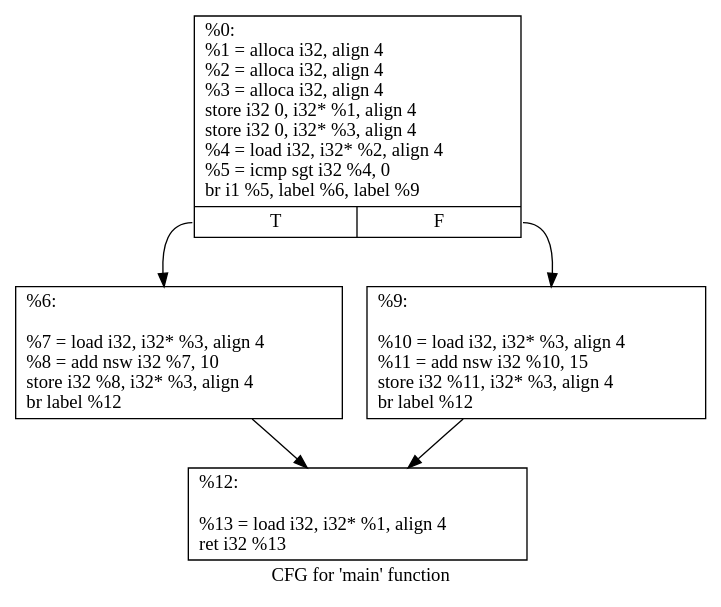
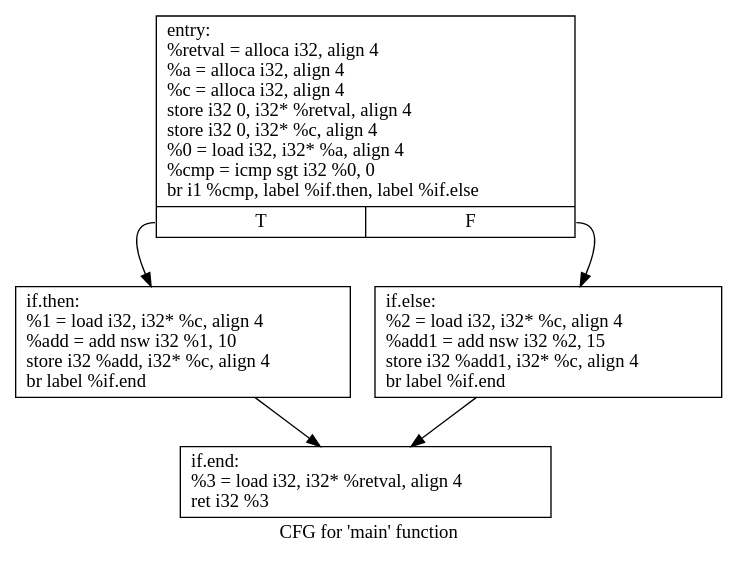
The diagram in graphs/test1.dot (hjw95/program-analysis), drawn with Graphviz before and after one commit. The commit also changed 18 other files, not shown here.

Commit message:
Add graph for assignment 2

```diff
--- a/graphs/test1.dot
+++ b/graphs/test1.dot
@@ -1,12 +1,12 @@
 digraph "CFG for 'main' function" {
 	label="CFG for 'main' function";
 
-	Node0x55fe04d255b0 [shape=record,label="{%0:\l  %1 = alloca i32, align 4\l  %2 = alloca i32, align 4\l  %3 = alloca i32, align 4\l  store i32 0, i32* %1, align 4\l  store i32 0, i32* %3, align 4\l  %4 = load i32, i32* %2, align 4\l  %5 = icmp sgt i32 %4, 0\l  br i1 %5, label %6, label %9\l|{<s0>T|<s1>F}}"];
-	Node0x55fe04d255b0:s0 -> Node0x55fe04d26040;
-	Node0x55fe04d255b0:s1 -> Node0x55fe04d26090;
-	Node0x55fe04d26040 [shape=record,label="{%6:\l\l  %7 = load i32, i32* %3, align 4\l  %8 = add nsw i32 %7, 10\l  store i32 %8, i32* %3, align 4\l  br label %12\l}"];
-	Node0x55fe04d26040 -> Node0x55fe04d25f80;
-	Node0x55fe04d26090 [shape=record,label="{%9:\l\l  %10 = load i32, i32* %3, align 4\l  %11 = add nsw i32 %10, 15\l  store i32 %11, i32* %3, align 4\l  br label %12\l}"];
-	Node0x55fe04d26090 -> Node0x55fe04d25f80;
-	Node0x55fe04d25f80 [shape=record,label="{%12:\l\l  %13 = load i32, i32* %1, align 4\l  ret i32 %13\l}"];
+	Node0x5652ce4c55f0 [shape=record,label="{entry:\l  %retval = alloca i32, align 4\l  %a = alloca i32, align 4\l  %c = alloca i32, align 4\l  store i32 0, i32* %retval, align 4\l  store i32 0, i32* %c, align 4\l  %0 = load i32, i32* %a, align 4\l  %cmp = icmp sgt i32 %0, 0\l  br i1 %cmp, label %if.then, label %if.else\l|{<s0>T|<s1>F}}"];
+	Node0x5652ce4c55f0:s0 -> Node0x5652ce4c6120;
+	Node0x5652ce4c55f0:s1 -> Node0x5652ce4c61f0;
+	Node0x5652ce4c6120 [shape=record,label="{if.then:                                          \l  %1 = load i32, i32* %c, align 4\l  %add = add nsw i32 %1, 10\l  store i32 %add, i32* %c, align 4\l  br label %if.end\l}"];
+	Node0x5652ce4c6120 -> Node0x5652ce4c6400;
+	Node0x5652ce4c61f0 [shape=record,label="{if.else:                                          \l  %2 = load i32, i32* %c, align 4\l  %add1 = add nsw i32 %2, 15\l  store i32 %add1, i32* %c, align 4\l  br label %if.end\l}"];
+	Node0x5652ce4c61f0 -> Node0x5652ce4c6400;
+	Node0x5652ce4c6400 [shape=record,label="{if.end:                                           \l  %3 = load i32, i32* %retval, align 4\l  ret i32 %3\l}"];
 }
```
